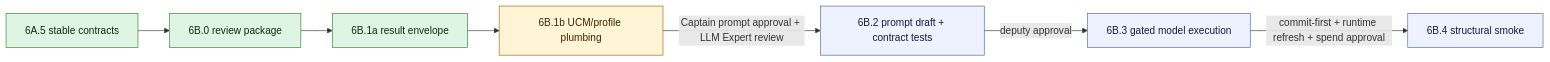
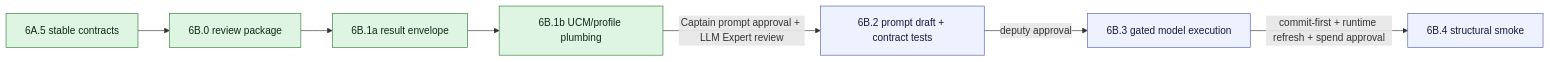
Before and after one commit to robertschaub/FactHarbor: the first of 2 diagrams in Docs/WIP/2026-05-14_V2_Slice_6B_Prompt_Model_Review_Package.md, drawn with Mermaid. The commit also changed other lines of this file and 6 other files, not shown here.

````diff
--- a/Docs/WIP/2026-05-14_V2_Slice_6B_Prompt_Model_Review_Package.md
+++ b/Docs/WIP/2026-05-14_V2_Slice_6B_Prompt_Model_Review_Package.md
@@ -56,22 +56,21 @@
 ```mermaid
 flowchart LR
   S6A5["6A.5 stable contracts"]
   R["6B.0 review package"]
   C["6B.1a result envelope"]
   U["6B.1b UCM/profile plumbing"]
   P["6B.2 prompt draft + contract tests"]
   E["6B.3 gated model execution"]
   T["6B.4 structural smoke"]
 
   S6A5 --> R --> C --> U
   U -->|"Captain prompt approval + LLM Expert review"| P
   P -->|"deputy approval"| E
   E -->|"commit-first + runtime refresh + spend approval"| T
 
   classDef done fill:#dff5e3,stroke:#2f7d32,color:#102a12
   classDef review fill:#fff4d6,stroke:#9a6700,color:#3a2600
   classDef gated fill:#eef2ff,stroke:#4f5fa8,color:#151a3a
-  class S6A5,R,C done
-  class U review
+  class S6A5,R,C,U done
   class P,E,T gated
 ```
````
